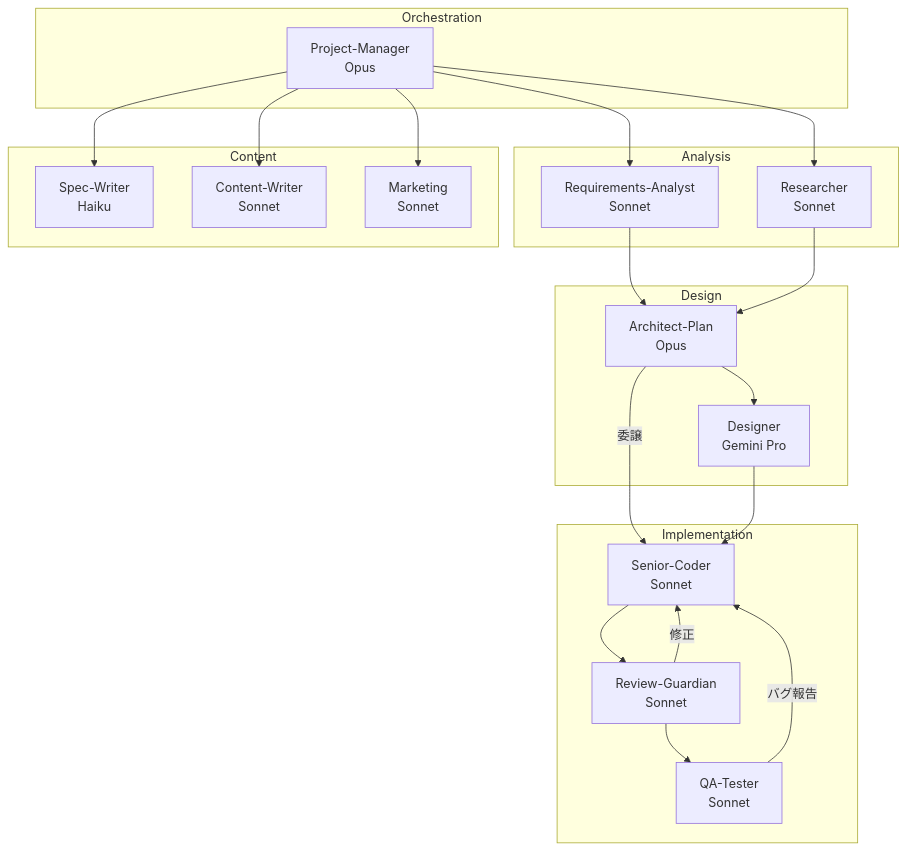
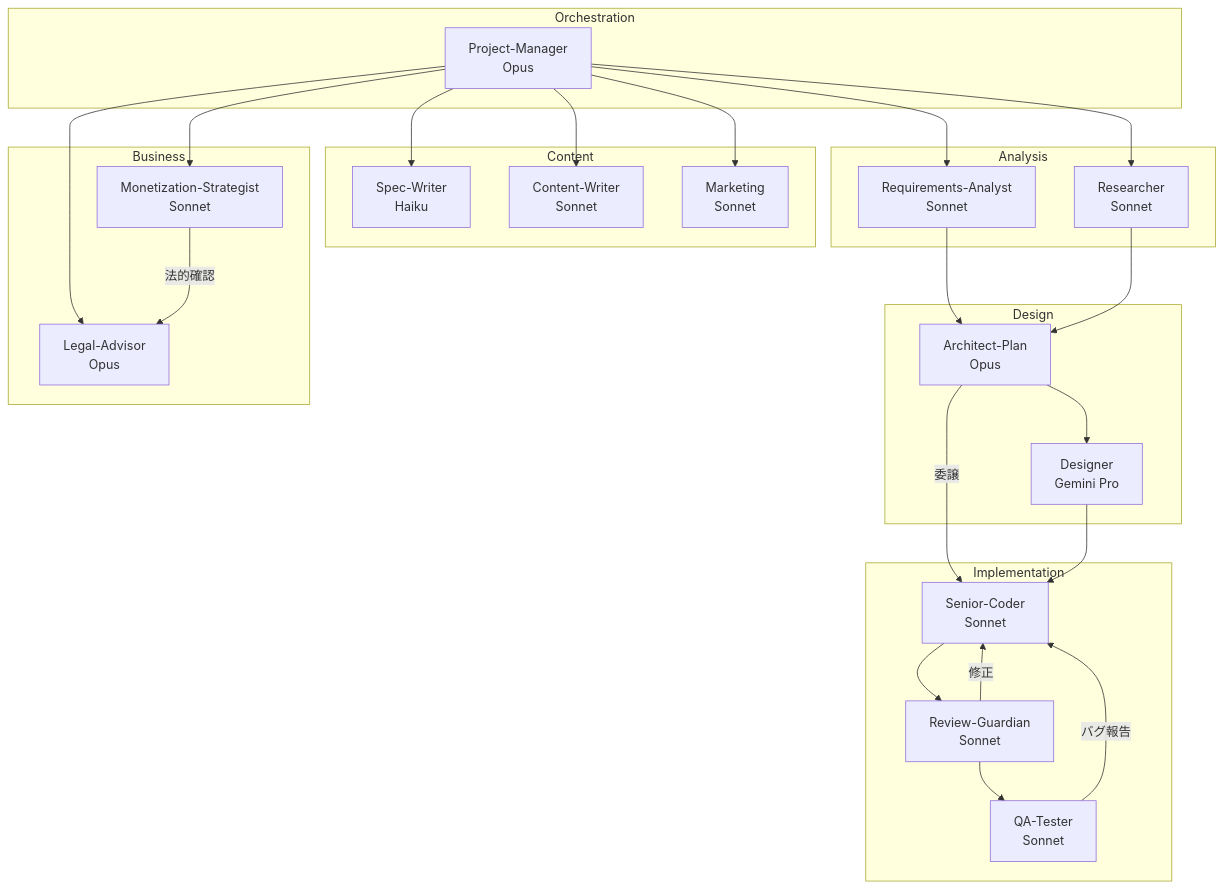
Before and after one commit to utanutan/project-template-dev: the diagram in library/docs/GUILD_REFERENCE.md, drawn with Mermaid. The commit also changed other lines of this file and 3 other files, not shown here.

````diff
--- a/library/docs/GUILD_REFERENCE.md
+++ b/library/docs/GUILD_REFERENCE.md
@@ -9,43 +9,51 @@
 ```mermaid
 graph TB
     subgraph Orchestration
         PM[Project-Manager<br/>Opus]
     end
 
     subgraph Analysis
         RA[Requirements-Analyst<br/>Sonnet]
         RS[Researcher<br/>Sonnet]
     end
 
     subgraph Design
         AR[Architect-Plan<br/>Opus]
         DS[Designer<br/>Gemini Pro]
     end
 
     subgraph Implementation
         SC[Senior-Coder<br/>Sonnet]
         RG[Review-Guardian<br/>Sonnet]
         QA[QA-Tester<br/>Sonnet]
     end
 
     subgraph Content
         SW[Spec-Writer<br/>Haiku]
         CW[Content-Writer<br/>Sonnet]
         MK[Marketing<br/>Sonnet]
     end
 
+    subgraph Business
+        MO[Monetization-Strategist<br/>Sonnet]
+        LA[Legal-Advisor<br/>Opus]
+    end
+
     PM --> RA
     PM --> RS
     RA --> AR
     RS --> AR
     AR --> DS
     AR -->|委譲| SC
     DS --> SC
     SC --> RG
     RG -->|修正| SC
     RG --> QA
     QA -->|バグ報告| SC
     PM --> SW
     PM --> CW
     PM --> MK
+    PM --> MO
+    PM --> LA
+    MO -->|法的確認| LA
 ```
````
